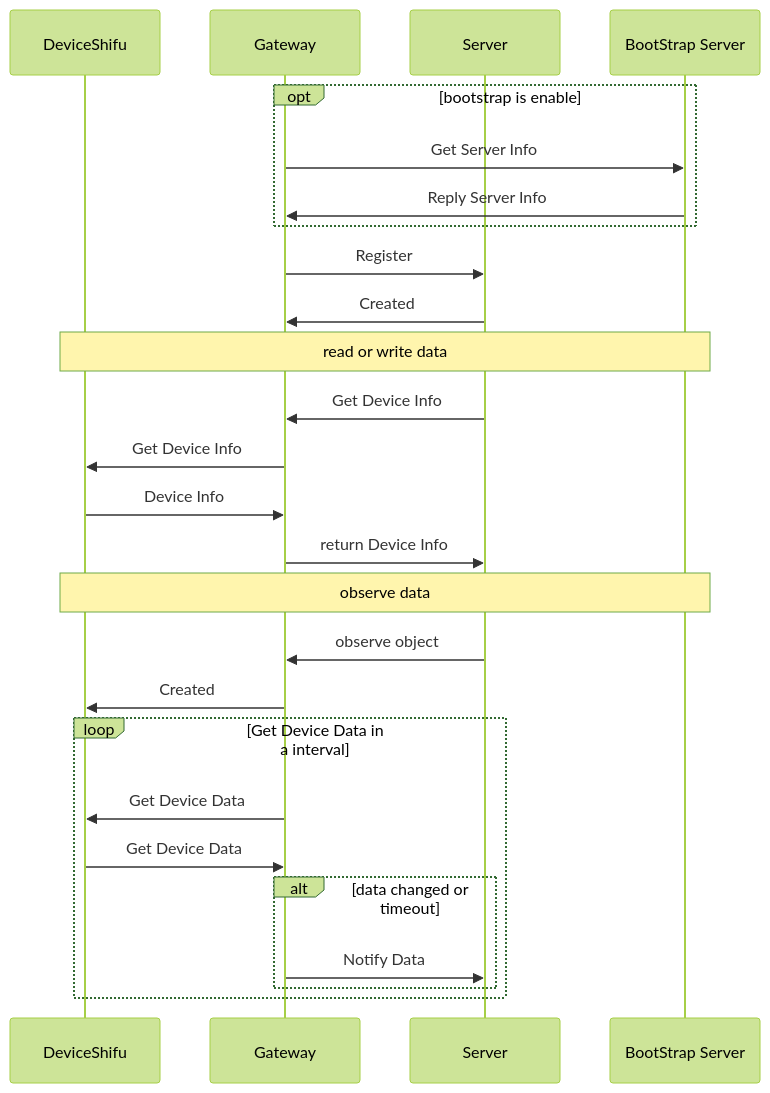
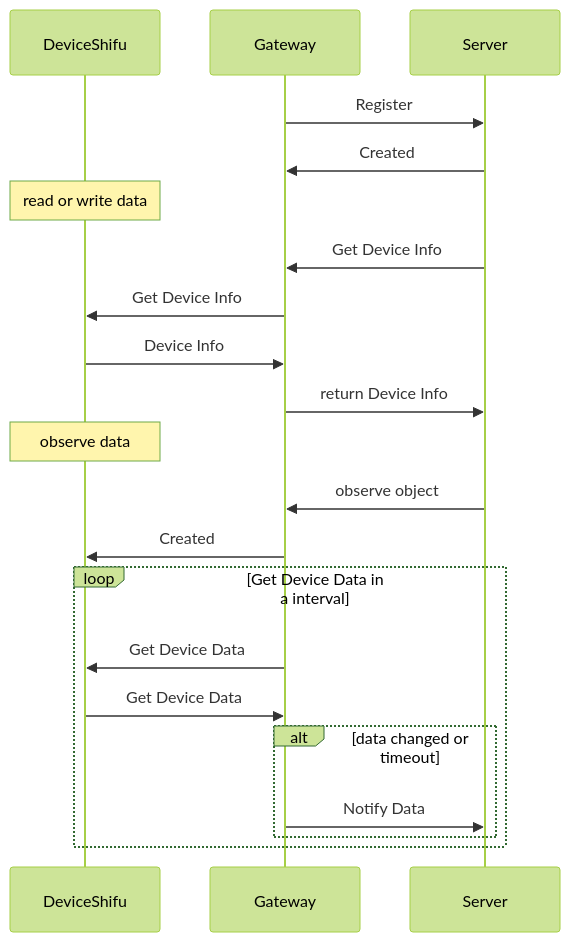
One commit to Edgenesis/shifu changed the second of 2 diagrams in docs/design/gateway/lwM2M-gateway.md. Above: the diagram before and after it, drawn with Mermaid (forest theme). The commit also changed other lines of this file, not shown here.

````diff
--- a/docs/design/gateway/lwM2M-gateway.md
+++ b/docs/design/gateway/lwM2M-gateway.md
@@ -76,33 +79,26 @@
 ```mermaid
 sequenceDiagram
    participant ds as DeviceShifu
    participant gw as Gateway
    participant s as Server
-   participant bs as BootStrap Server
-
-   opt bootstrap is enable
-   gw ->> bs: Get Server Info
-   bs ->> gw: Reply Server Info
-   end
 
    gw ->> s: Register
    s ->> gw: Created
 
-   note over ds,bs: read or write data
+   note over ds: read or write data
    s ->> gw: Get Device Info
    gw ->> ds: Get Device Info
    ds ->> gw: Device Info
    gw ->> s: return Device Info
 
-   note over ds,bs: observe data
+   note over ds: observe data
    s ->> gw: observe object
    gw ->> ds: Created
    loop Get Device Data in a interval
       gw ->> ds: Get Device Data
       ds ->> gw: Get Device Data
       alt data changed or timeout
          gw ->> s: Notify Data
       end
    end
-
 ```
````
